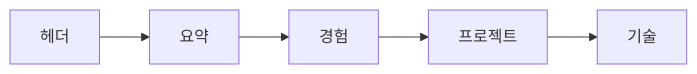
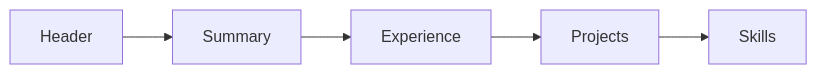
The diagram in content/developer-career-101/ko/04-resume-and-portfolio.md (yeongseon-books/book-content), drawn with Mermaid before and after one commit. The commit also changed other lines of this file and 9 other files, not shown here.

````diff
--- a/content/developer-career-101/ko/04-resume-and-portfolio.md
+++ b/content/developer-career-101/ko/04-resume-and-portfolio.md
@@ -46,7 +52,7 @@
 ```mermaid
 flowchart LR
-    H[헤더] --> S[요약]
-    S --> E[경험]
-    E --> P[프로젝트]
-    P --> Sk[기술]
+    H[Header] --> S[Summary]
+    S --> E[Experience]
+    E --> P[Projects]
+    P --> Sk[Skills]
 ```
````
